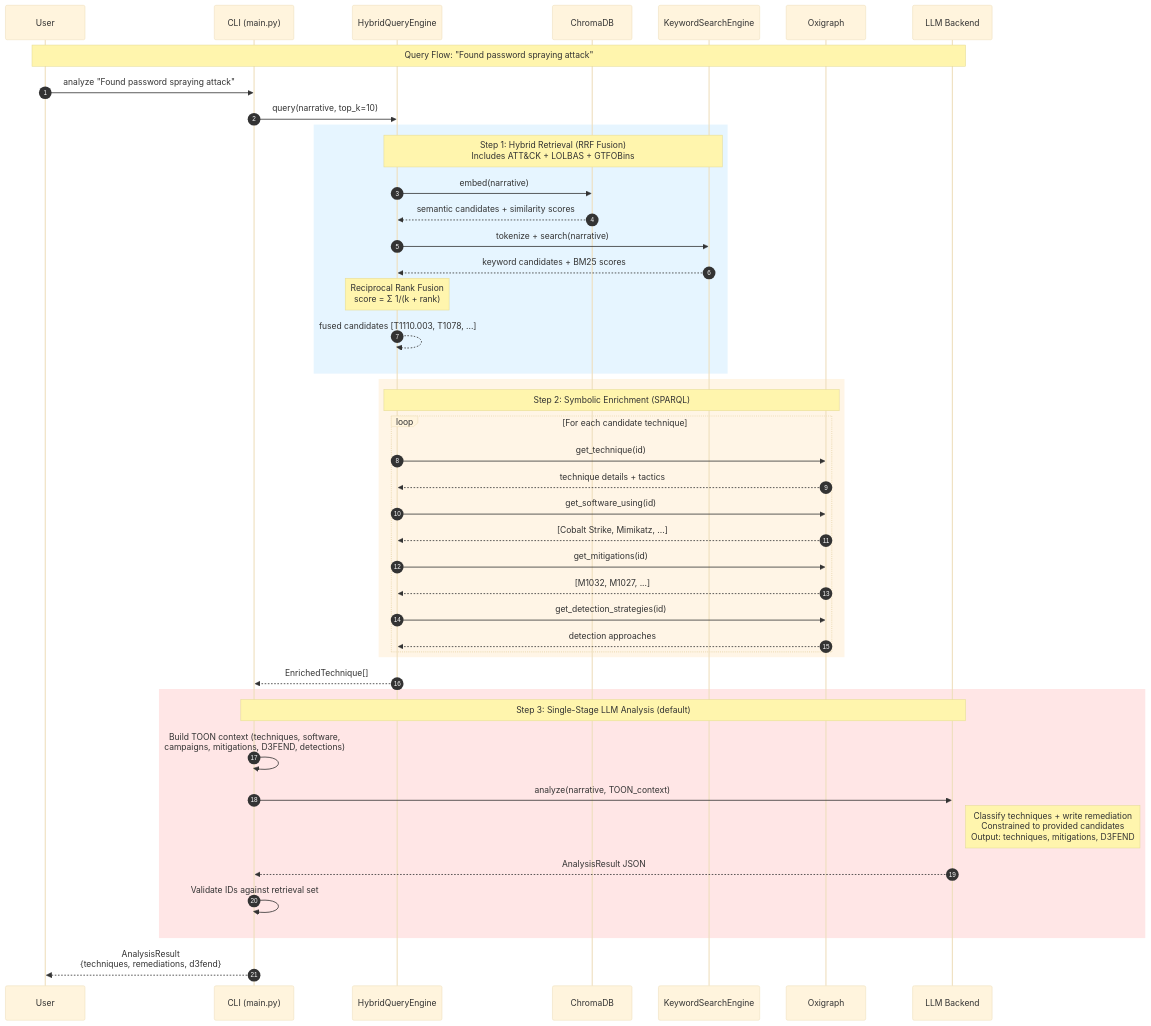
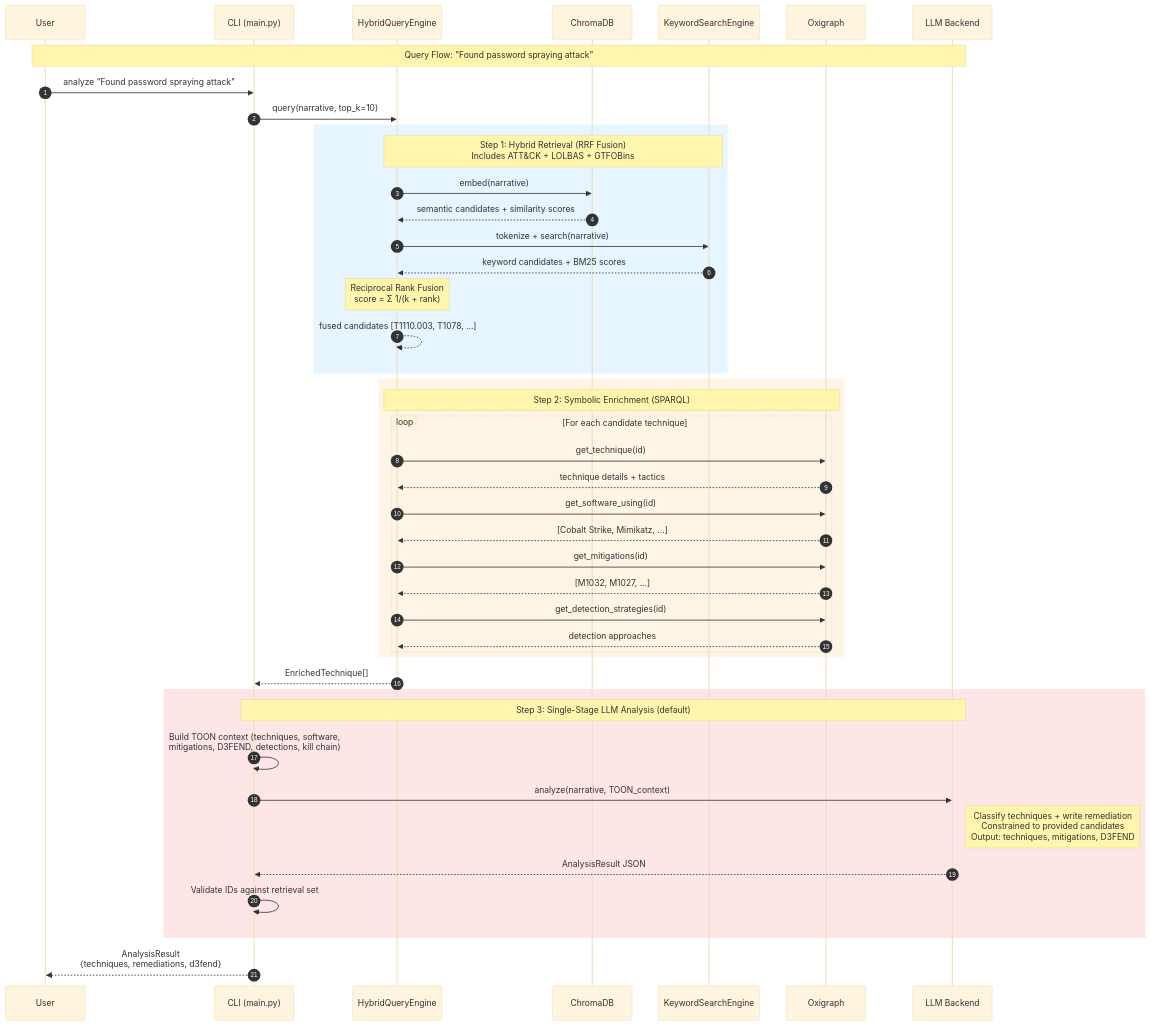
Before and after one commit to jackwillis/attack-kg: the diagram in docs/architecture/data-flow.mmd, drawn with Mermaid. The commit also changed 3 other files, not shown here.

First line of the commit message:
Remove kill chain inductive bias feature

```diff
--- a/docs/architecture/data-flow.mmd
+++ b/docs/architecture/data-flow.mmd
@@ -1,53 +1,53 @@
 %%{init: {'theme': 'base'}}%%
 
 sequenceDiagram
     autonumber
     participant User
     participant CLI as CLI (main.py)
     participant Hybrid as HybridQueryEngine
     participant Vectors as ChromaDB
     participant BM25 as KeywordSearchEngine
     participant Graph as Oxigraph
     participant LLM as LLM Backend
 
     Note over User,LLM: Query Flow: "Found password spraying attack"
 
     User->>CLI: analyze "Found password spraying attack"
     CLI->>Hybrid: query(narrative, top_k=10)
 
     rect rgb(230, 245, 255)
         Note over Hybrid,BM25: Step 1: Hybrid Retrieval (RRF Fusion)<br/>Includes ATT&CK + LOLBAS + GTFOBins
         Hybrid->>Vectors: embed(narrative)
         Vectors-->>Hybrid: semantic candidates + similarity scores
         Hybrid->>BM25: tokenize + search(narrative)
         BM25-->>Hybrid: keyword candidates + BM25 scores
         Note over Hybrid: Reciprocal Rank Fusion<br/>score = Σ 1/(k + rank)
         Hybrid-->>Hybrid: fused candidates [T1110.003, T1078, ...]
     end
 
     rect rgb(255, 245, 230)
         Note over Hybrid,Graph: Step 2: Symbolic Enrichment (SPARQL)
         loop For each candidate technique
             Hybrid->>Graph: get_technique(id)
             Graph-->>Hybrid: technique details + tactics
             Hybrid->>Graph: get_software_using(id)
             Graph-->>Hybrid: [Cobalt Strike, Mimikatz, ...]
             Hybrid->>Graph: get_mitigations(id)
             Graph-->>Hybrid: [M1032, M1027, ...]
             Hybrid->>Graph: get_detection_strategies(id)
             Graph-->>Hybrid: detection approaches
         end
     end
 
     Hybrid-->>CLI: EnrichedTechnique[]
 
     rect rgb(255, 230, 230)
         Note over CLI,LLM: Step 3: Single-Stage LLM Analysis (default)
-        CLI->>CLI: Build TOON context (techniques, software,<br/>campaigns, mitigations, D3FEND, detections)
+        CLI->>CLI: Build TOON context (techniques, software,<br/>mitigations, D3FEND, detections, kill chain)
         CLI->>LLM: analyze(narrative, TOON_context)
         Note right of LLM: Classify techniques + write remediation<br/>Constrained to provided candidates<br/>Output: techniques, mitigations, D3FEND
         LLM-->>CLI: AnalysisResult JSON
         CLI->>CLI: Validate IDs against retrieval set
     end
 
     CLI-->>User: AnalysisResult<br/>{techniques, remediations, d3fend}
```
